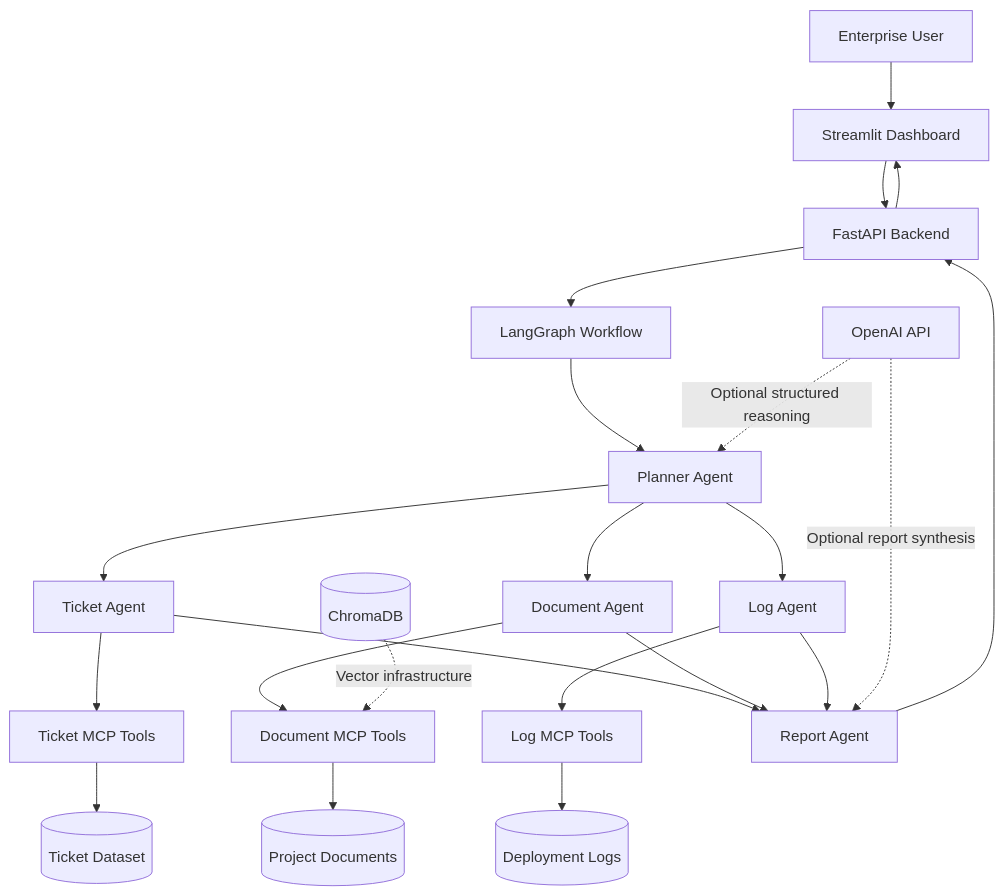
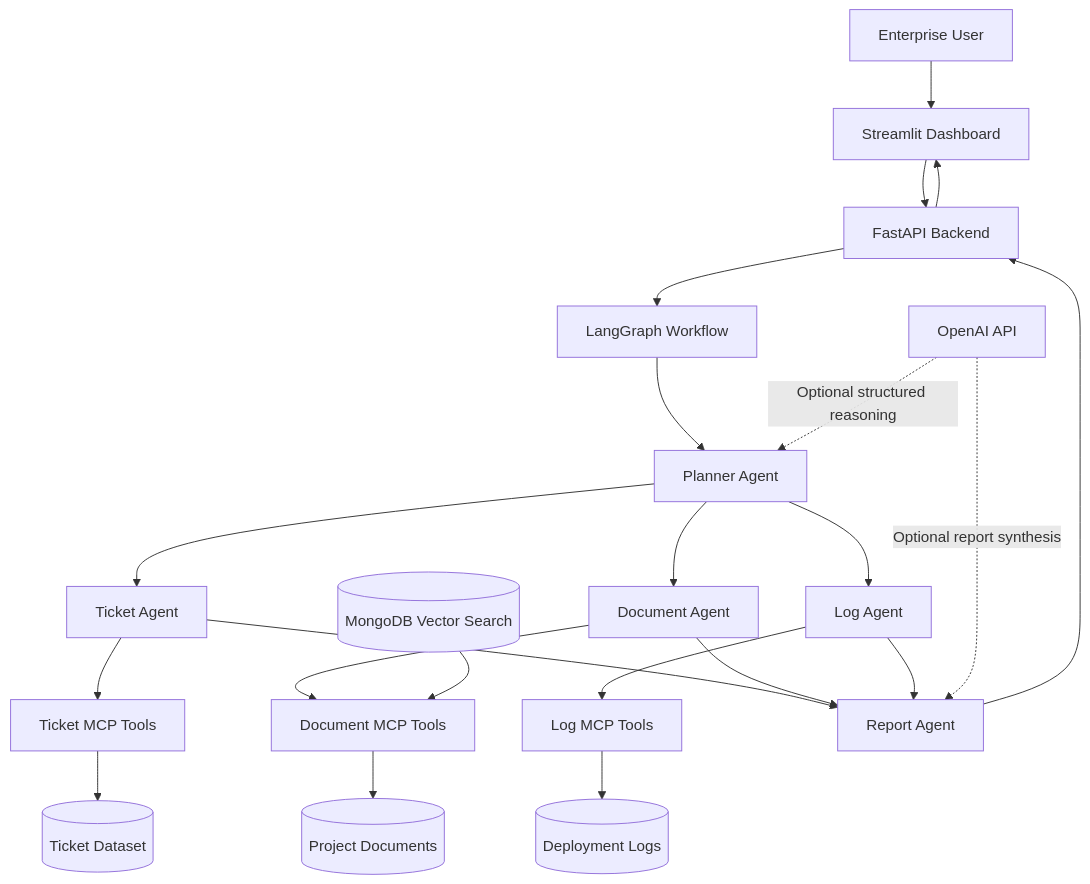
One commit to Akashhverma/enterprise-ai-ops-assistant changed the diagram in README.md. Above: the diagram before and after it, drawn with Mermaid. The commit also changed other lines of this file and 26 other files, not shown here.

````diff
--- a/README.md
+++ b/README.md
@@ -30,30 +30,30 @@
 ```mermaid
 flowchart TD
     User[Enterprise User] --> UI[Streamlit Dashboard]
     UI --> API[FastAPI Backend]
     API --> Graph[LangGraph Workflow]
 
     Graph --> Planner[Planner Agent]
     Planner --> TicketAgent[Ticket Agent]
     Planner --> DocumentAgent[Document Agent]
     Planner --> LogAgent[Log Agent]
 
     TicketAgent --> TicketTools[Ticket MCP Tools]
     DocumentAgent --> DocumentTools[Document MCP Tools]
     LogAgent --> LogTools[Log MCP Tools]
 
     TicketTools --> Tickets[(Ticket Dataset)]
     DocumentTools --> Documents[(Project Documents)]
     LogTools --> Logs[(Deployment Logs)]
 
     TicketAgent --> Report[Report Agent]
     DocumentAgent --> Report
     LogAgent --> Report
 
     Report --> API
     API --> UI
 
-    Chroma[(ChromaDB)] -. Vector infrastructure .-> DocumentTools
+    Mongo[(MongoDB Vector Search)] --> DocumentTools
     OpenAI[OpenAI API] -. Optional structured reasoning .-> Planner
     OpenAI -. Optional report synthesis .-> Report
 ```
````
